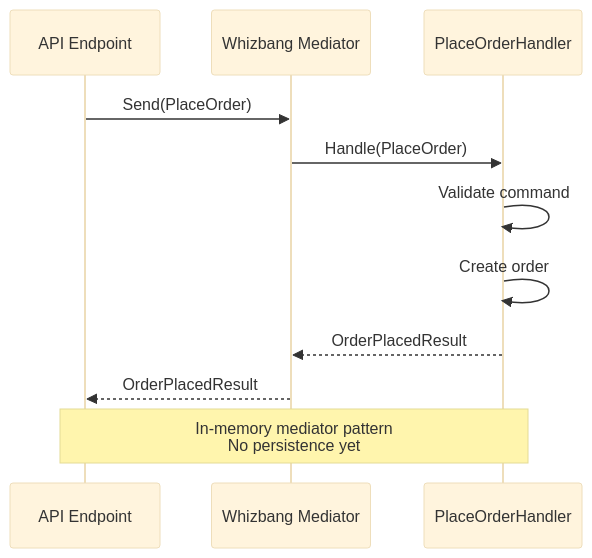
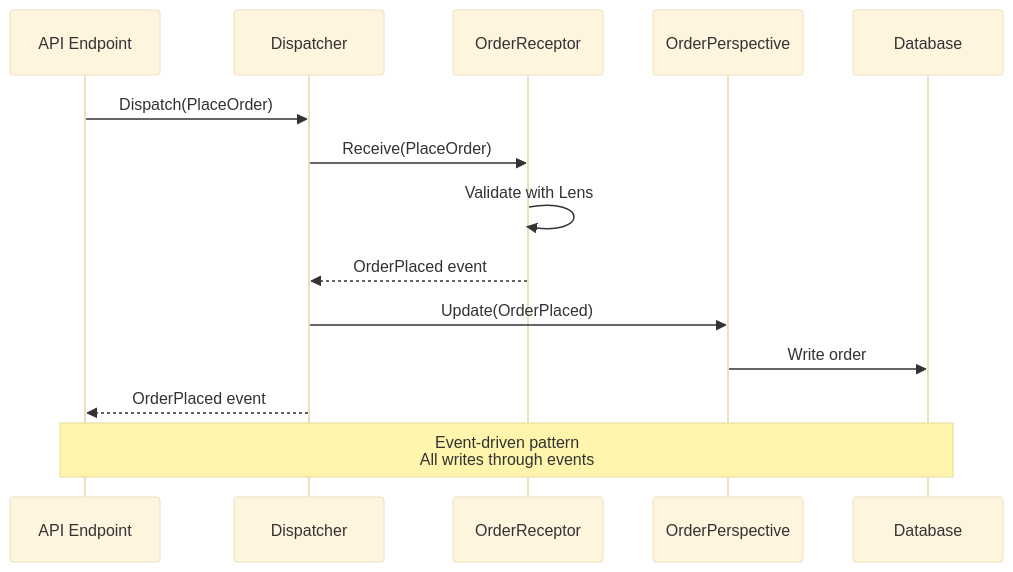
The second of 4 diagrams in src/assets/docs/getting-started/getting-started.md (whizbang-lib/whizbang-lib.github.io), drawn with Mermaid (base theme) before and after one commit. The commit also changed other lines of this file and 13 other files, not shown here.

````diff
--- a/src/assets/docs/getting-started/getting-started.md
+++ b/src/assets/docs/getting-started/getting-started.md
@@ -68,15 +68,18 @@
 ```mermaid
 sequenceDiagram
     participant API as API Endpoint
-    participant WB as Whizbang Mediator
-    participant H as PlaceOrderHandler
+    participant D as Dispatcher
+    participant R as OrderReceptor
+    participant P as OrderPerspective
+    participant DB as Database
 
-    API->>WB: Send(PlaceOrder)
-    WB->>H: Handle(PlaceOrder)
-    H->>H: Validate command
-    H->>H: Create order
-    H-->>WB: OrderPlacedResult
-    WB-->>API: OrderPlacedResult
+    API->>D: Dispatch(PlaceOrder)
+    D->>R: Receive(PlaceOrder)
+    R->>R: Validate with Lens
+    R-->>D: OrderPlaced event
+    D->>P: Update(OrderPlaced)
+    P->>DB: Write order
+    D-->>API: OrderPlaced event
 
-    Note over API,H: In-memory mediator pattern<br/>No persistence yet
+    Note over API,DB: Event-driven pattern<br/>All writes through events
 ```
````
